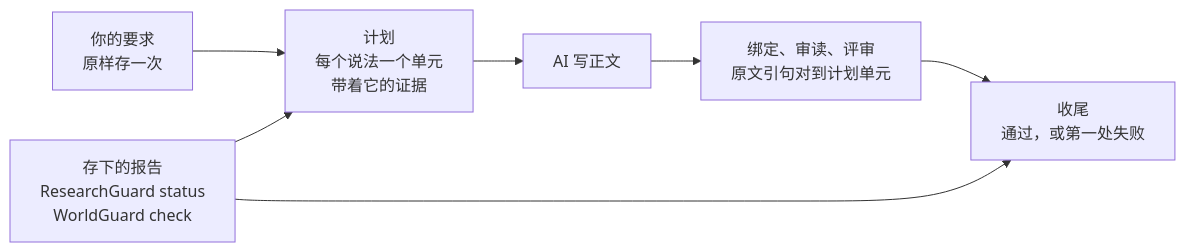
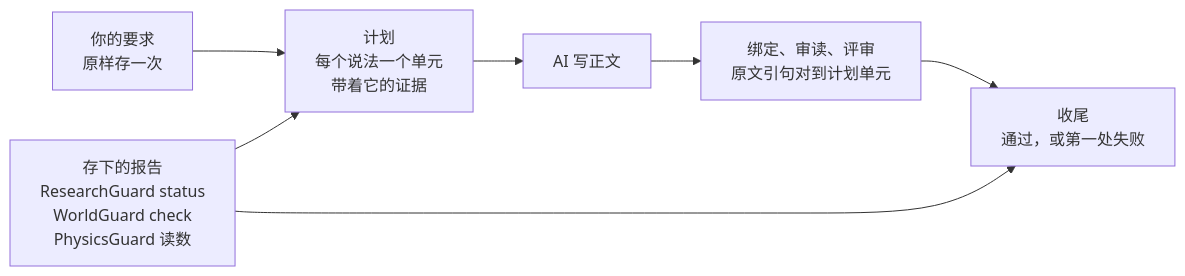
One commit to liuyingxuvka/LogicWriting changed the second of 2 diagrams in README.zh-CN.md. Above: the diagram before and after it, drawn with Mermaid. The commit also changed other lines of this file and 39 other files, not shown here.

````diff
--- a/README.zh-CN.md
+++ b/README.zh-CN.md
@@ -207,9 +209,9 @@
 ```mermaid
 flowchart LR
   R["你的要求<br/>原样存一次"] --> B["计划<br/>每个说法一个单元<br/>带着它的证据"]
-  P["存下的报告<br/>ResearchGuard status<br/>WorldGuard check"] --> B
+  P["存下的报告<br/>ResearchGuard status<br/>WorldGuard check<br/>PhysicsGuard 读数"] --> B
   B --> W["AI 写正文"]
   W --> C["绑定、审读、评审<br/>原文引句对到计划单元"]
   C --> X["收尾<br/>通过，或第一处失败"]
   P --> X
 ```
````
